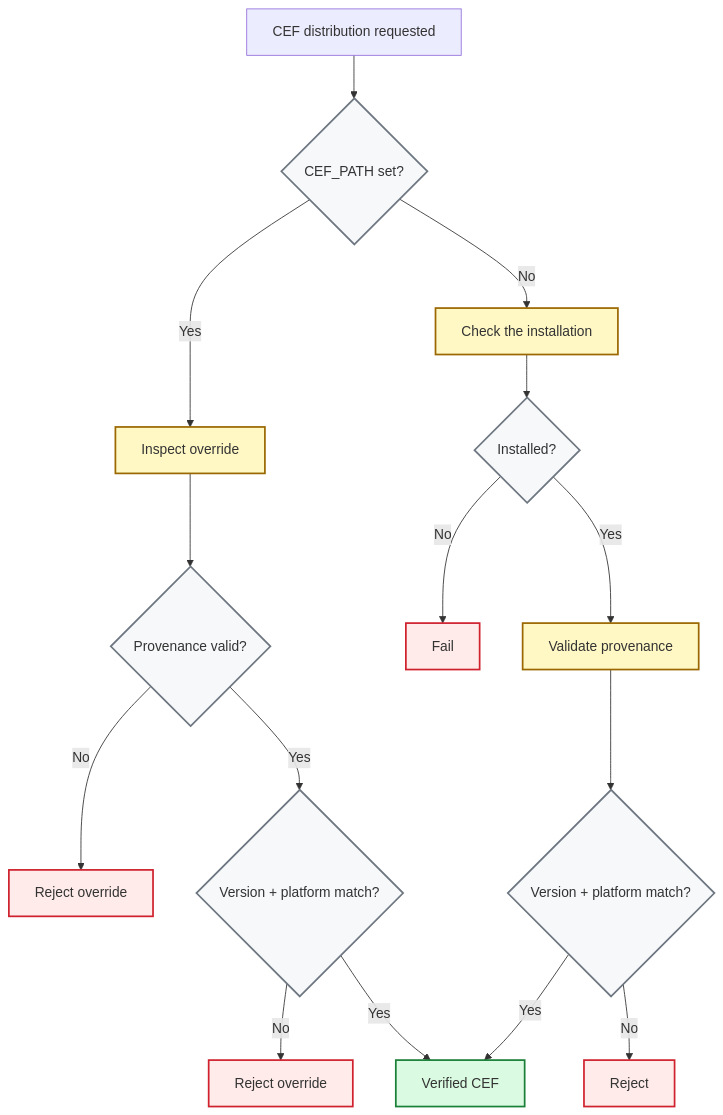
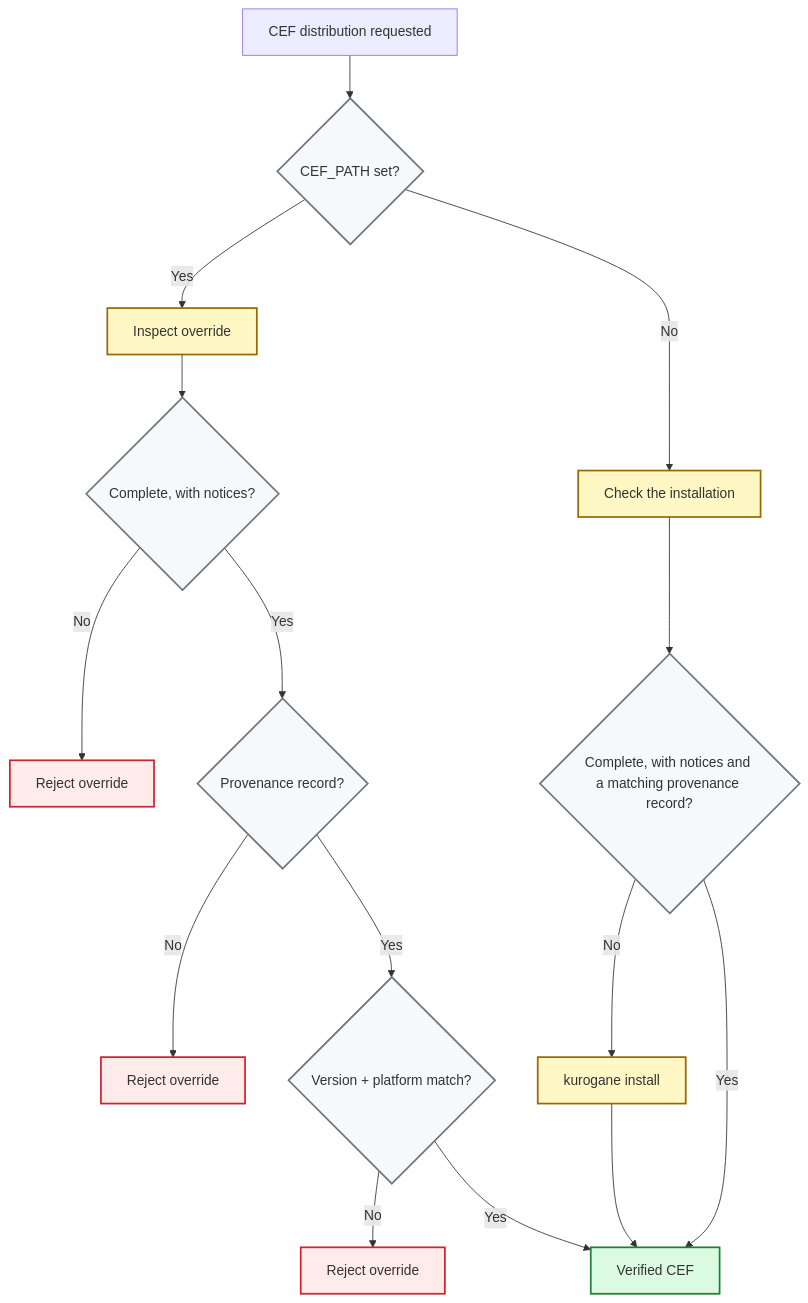
Before and after one commit to 0x48piraj/kurogane: the third of 4 diagrams in docs/bundling.md, drawn with Mermaid. The commit also changed other lines of this file and 13 other files, not shown here.

````diff
--- a/docs/bundling.md
+++ b/docs/bundling.md
@@ -103,32 +111,32 @@
 ```mermaid
 flowchart TD
     A["CEF distribution requested"]
 
     A --> B{"CEF_PATH set?"}
 
     B -->|Yes| C["Inspect override"]
     B -->|No| F["Check the installation"]
 
-    C --> D{"Provenance valid?"}
+    C --> D{"Complete, with notices?"}
     D -->|No| E["Reject override"]
-    D -->|Yes| G{"Version + platform match?"}
-    G -->|No| H["Reject override"]
+    D -->|Yes| L{"Provenance record?"}
+    L -->|No| H["Reject override"]
+    L -->|Yes| G{"Version + platform match?"}
+    G -->|No| M["Reject override"]
     G -->|Yes| I["Verified CEF"]
 
-    F --> J{"Installed?"}
-    J -->|No| K["Fail"]
-    J -->|Yes| L["Validate provenance"]
-    L --> M{"Version + platform match?"}
-    M -->|No| N["Reject"]
-    M -->|Yes| I
+    F --> J{"Complete, with notices and a matching provenance record?"}
+    J -->|No| K["kurogane install"]
+    K --> I
+    J -->|Yes| I
 
     classDef decision fill:#f6f8fa,stroke:#6e7781,stroke-width:2px;
     classDef process fill:#fff8c5,stroke:#9a6700,stroke-width:2px;
     classDef success fill:#dafbe1,stroke:#1a7f37,stroke-width:2px;
     classDef failure fill:#ffebe9,stroke:#cf222e,stroke-width:2px;
 
-    class B,D,G,J,M decision;
-    class C,F,L process;
+    class B,D,G,J,L decision;
+    class C,F,K process;
     class I success;
-    class E,H,K,N failure;
+    class E,H,M failure;
 ```
````
